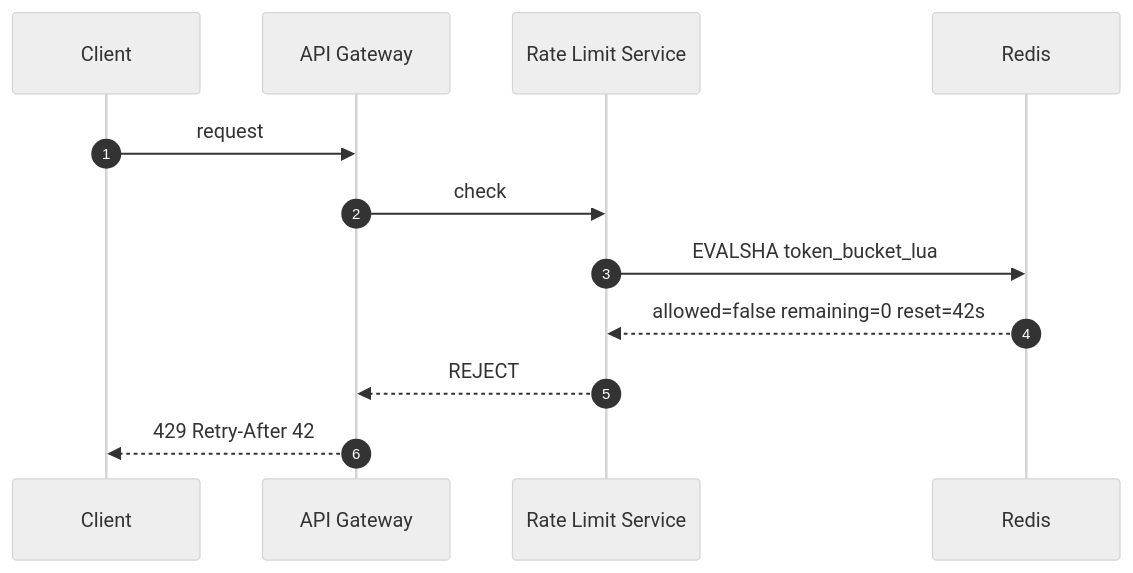
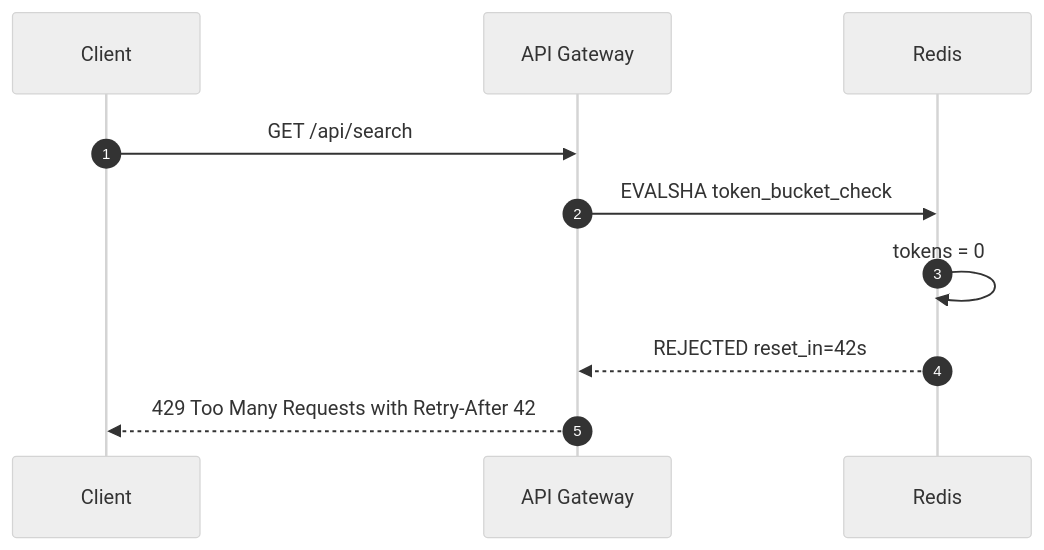
Before and after one commit to iluzn/HLD-Designs: the tenth of 13 diagrams in RateLimiter.md, drawn with Mermaid (neutral theme). The commit also changed other lines of this file, not shown here.

Commit message:
Rewrite Rate Limiter: beginner-friendly with diagrams-first, glossary, decision trees

````diff
--- a/RateLimiter.md
+++ b/RateLimiter.md
@@ -208,15 +320,13 @@
 ```mermaid
 sequenceDiagram
     autonumber
     participant C as Client
     participant GW as API Gateway
-    participant RL as Rate Limit Service
     participant R as Redis
 
-    C->>GW: request
-    GW->>RL: check
-    RL->>R: EVALSHA token_bucket_lua
-    R-->>RL: allowed=false remaining=0 reset=42s
-    RL-->>GW: REJECT
-    GW-->>C: 429 Retry-After 42
+    C->>GW: GET /api/search
+    GW->>R: EVALSHA token_bucket_check
+    R->>R: tokens = 0
+    R-->>GW: REJECTED reset_in=42s
+    GW-->>C: 429 Too Many Requests with Retry-After 42
 ```
````
